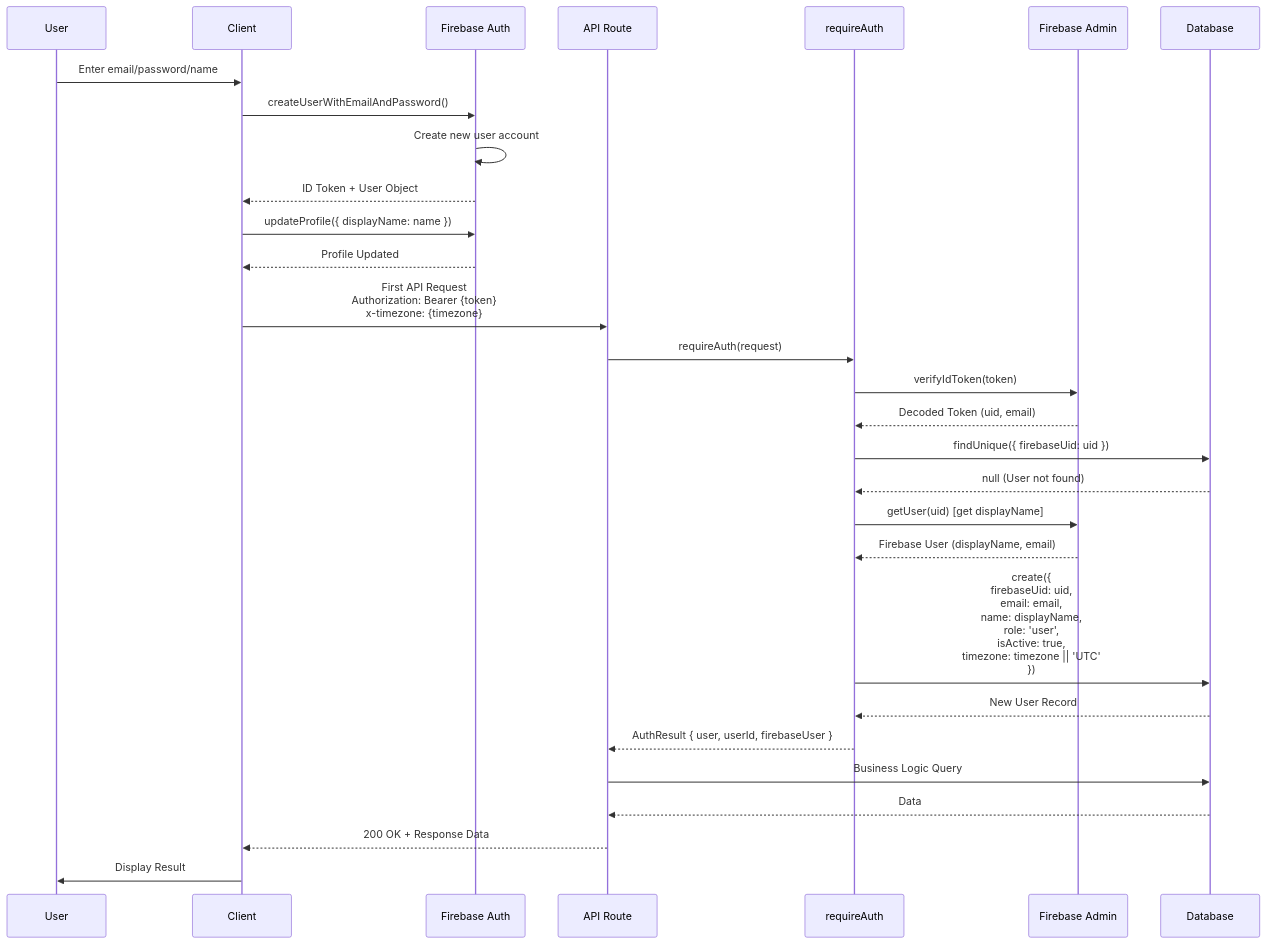
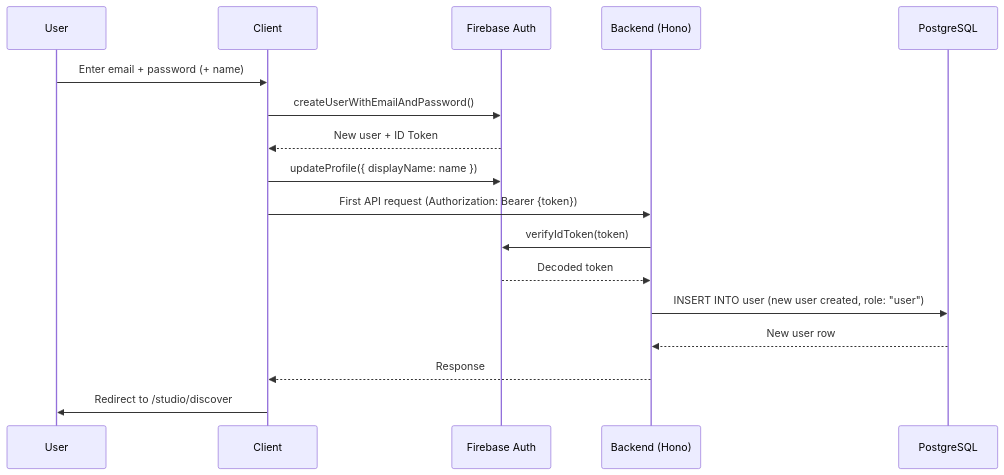
Before and after one commit to KennethAtchon/ContentAI: the fourth of 5 diagrams in docs/architecture/core/authentication.md, drawn with Mermaid. The commit also changed other lines of this file and 12 other files, not shown here.

First line of the commit message:
docs: Update architecture documentation to reflect ReelStudio's current tech stack and implementation

````diff
--- a/docs/architecture/core/authentication.md
+++ b/docs/architecture/core/authentication.md
@@ -829,39 +331,20 @@
 ```mermaid
 sequenceDiagram
     participant User
     participant Client
     participant Firebase Auth
-    participant API Route
-    participant requireAuth
-    participant Firebase Admin
-    participant Database
+    participant Backend (Hono)
+    participant PostgreSQL
 
-    User->>Client: Enter email/password/name
+    User->>Client: Enter email + password (+ name)
     Client->>Firebase Auth: createUserWithEmailAndPassword()
-    Firebase Auth->>Firebase Auth: Create new user account
-    Firebase Auth-->>Client: ID Token + User Object
-    
+    Firebase Auth-->>Client: New user + ID Token
     Client->>Firebase Auth: updateProfile({ displayName: name })
-    Firebase Auth-->>Client: Profile Updated
-    
-    Client->>API Route: First API Request<br/>Authorization: Bearer {token}<br/>x-timezone: {timezone}
-    API Route->>requireAuth: requireAuth(request)
-    
-    requireAuth->>Firebase Admin: verifyIdToken(token)
-    Firebase Admin-->>requireAuth: Decoded Token (uid, email)
-    
-    requireAuth->>Database: findUnique({ firebaseUid: uid })
-    Database-->>requireAuth: null (User not found)
-    
-    requireAuth->>Firebase Admin: getUser(uid) [get displayName]
-    Firebase Admin-->>requireAuth: Firebase User (displayName, email)
-    
-    requireAuth->>Database: create({<br/>  firebaseUid: uid,<br/>  email: email,<br/>  name: displayName,<br/>  role: 'user',<br/>  isActive: true,<br/>  timezone: timezone || 'UTC'<br/>})
-    Database-->>requireAuth: New User Record
-    
-    requireAuth-->>API Route: AuthResult { user, userId, firebaseUser }
-    API Route->>Database: Business Logic Query
-    Database-->>API Route: Data
-    API Route-->>Client: 200 OK + Response Data
-    Client->>User: Display Result
+    Client->>Backend (Hono): First API request (Authorization: Bearer {token})
+    Backend (Hono)->>Firebase Auth: verifyIdToken(token)
+    Firebase Auth-->>Backend (Hono): Decoded token
+    Backend (Hono)->>PostgreSQL: INSERT INTO user (new user created, role: "user")
+    PostgreSQL-->>Backend (Hono): New user row
+    Backend (Hono)-->>Client: Response
+    Client->>User: Redirect to /studio/discover
 ```
````
